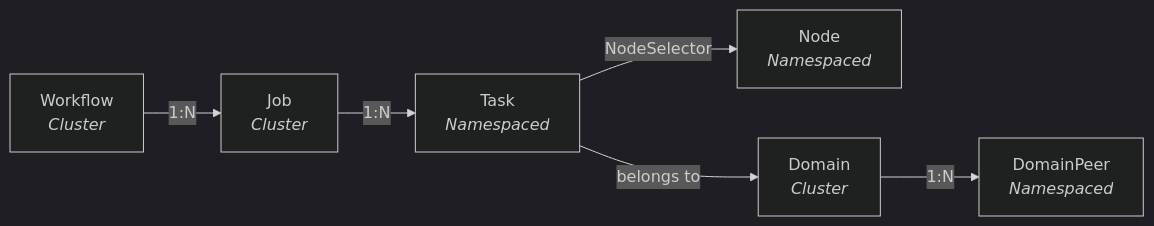
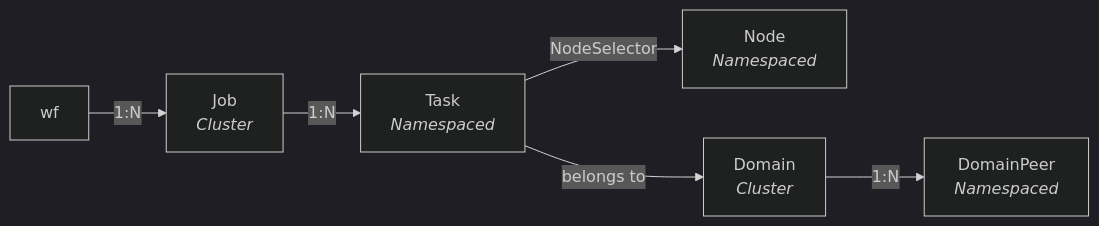
One commit to RLinf/RLark changed the eighth of 8 diagrams in apps/rlark/docs/architecture.md. Above: the diagram before and after it, drawn with Mermaid (dark theme). The commit also changed other lines of this file and 410 other files, not shown here.

````diff
--- a/apps/rlark/docs/architecture.md
+++ b/apps/rlark/docs/architecture.md
@@ -316,15 +316,14 @@
 ```mermaid
 flowchart LR
-    wf["Workflow<br/><i>Cluster</i>"]
     job["Job<br/><i>Cluster</i>"]
     task["Task<br/><i>Namespaced</i>"]
     node["Node<br/><i>Namespaced</i>"]
     domain["Domain<br/><i>Cluster</i>"]
     dp["DomainPeer<br/><i>Namespaced</i>"]
 
     wf -->|"1:N"| job
     job -->|"1:N"| task
     task -->|"NodeSelector"| node
     task -->|"belongs to"| domain
     domain -->|"1:N"| dp
 ```
````
